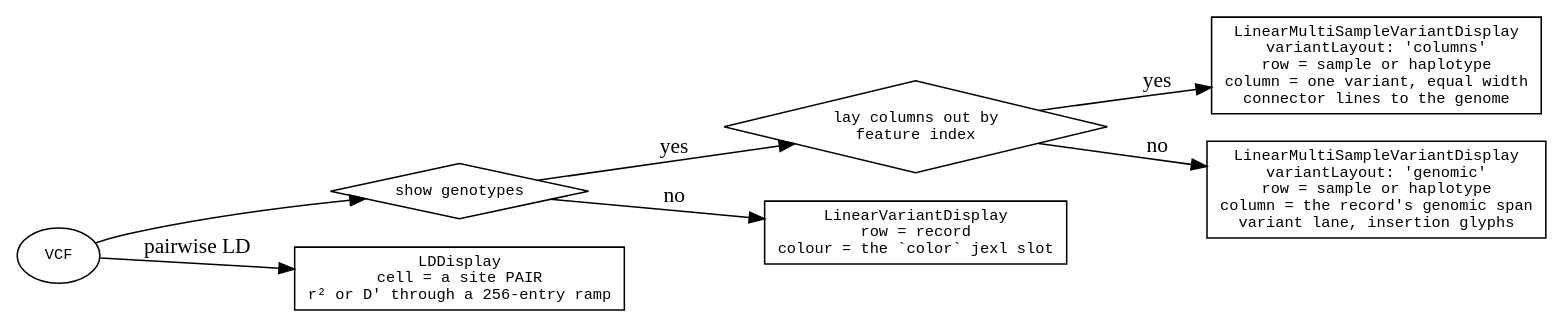
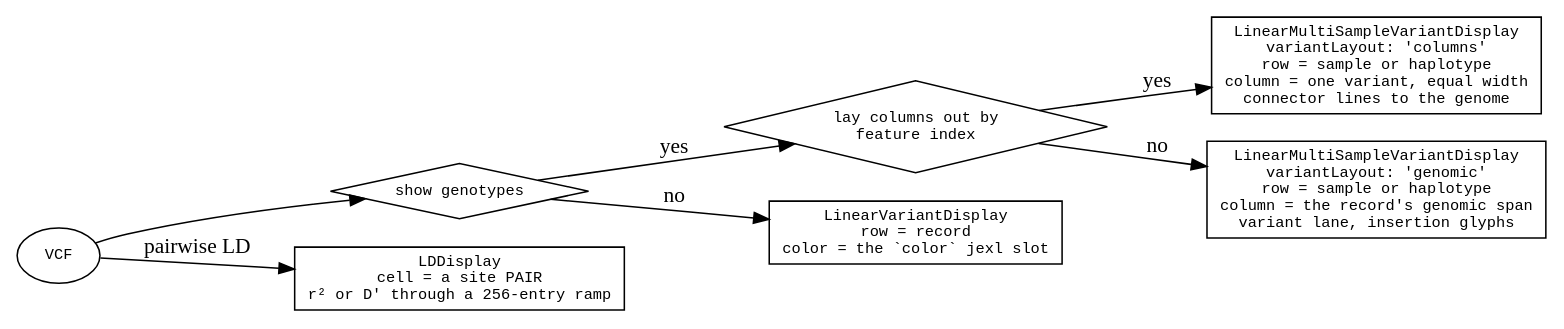
Before and after one commit to GMOD/jbrowse-components: the diagram in agent-docs/reference/diagrams/variants-displays.dot, drawn with Graphviz. The commit also changed 1109 other files, not shown here.

```diff
--- a/agent-docs/reference/diagrams/variants-displays.dot
+++ b/agent-docs/reference/diagrams/variants-displays.dot
@@ -1,23 +1,23 @@
 digraph variant_displays {
   rankdir=LR
   node [shape=box fontname=monospace fontsize=10]
   { node [shape=diamond] genotypes; pattern }
 
   vcf [label="VCF", shape=oval]
   vcf -> genotypes
   genotypes [label="show genotypes"]
   genotypes -> single  [label=" no"]
   genotypes -> pattern [label=" yes"]
 
-  single [label="LinearVariantDisplay\nrow = record\ncolour = the `color` jexl slot"]
+  single [label="LinearVariantDisplay\nrow = record\ncolor = the `color` jexl slot"]
 
   pattern [label="lay columns out by\nfeature index"]
   pattern -> matrix  [label=" yes"]
   pattern -> regular [label=" no"]
 
   regular [label="LinearMultiSampleVariantDisplay\nvariantLayout: 'genomic'\nrow = sample or haplotype\ncolumn = the record's genomic span\nvariant lane, insertion glyphs"]
   matrix  [label="LinearMultiSampleVariantDisplay\nvariantLayout: 'columns'\nrow = sample or haplotype\ncolumn = one variant, equal width\nconnector lines to the genome"]
 
   ld [label="LDDisplay\ncell = a site PAIR\nr² or D' through a 256-entry ramp"]
   vcf -> ld [label=" pairwise LD"]
 }
```
